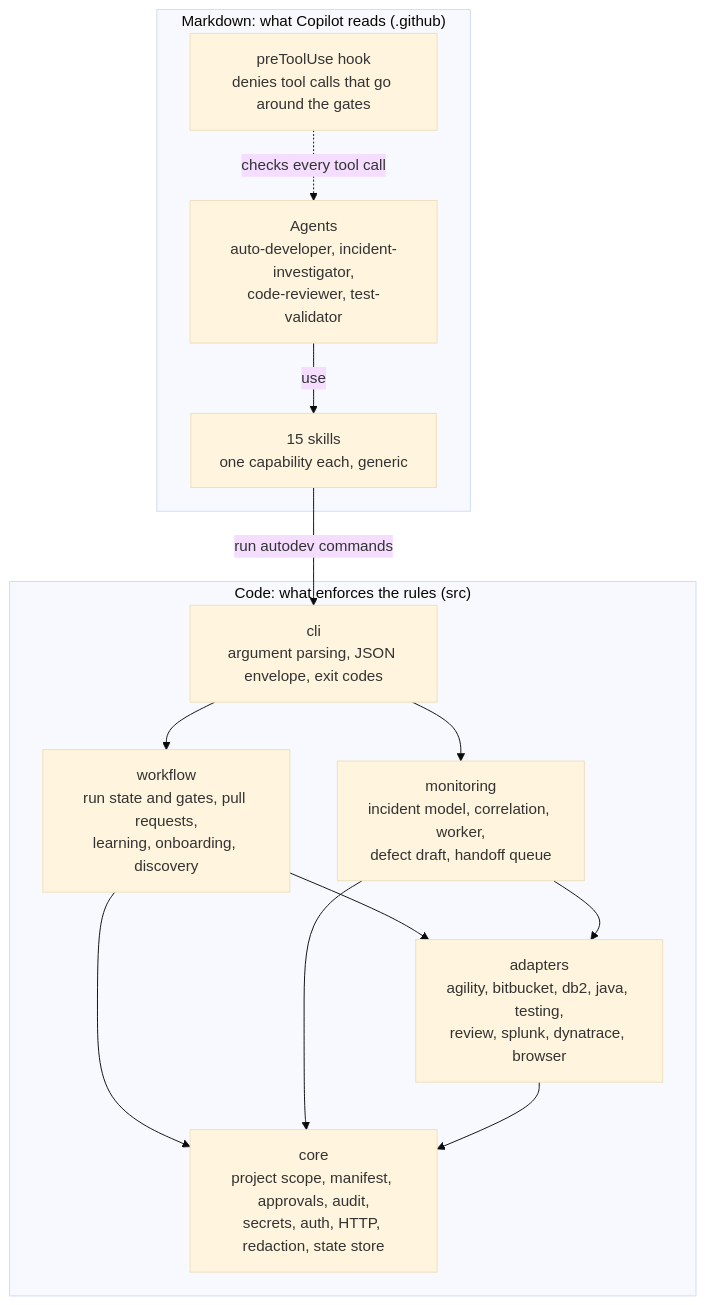
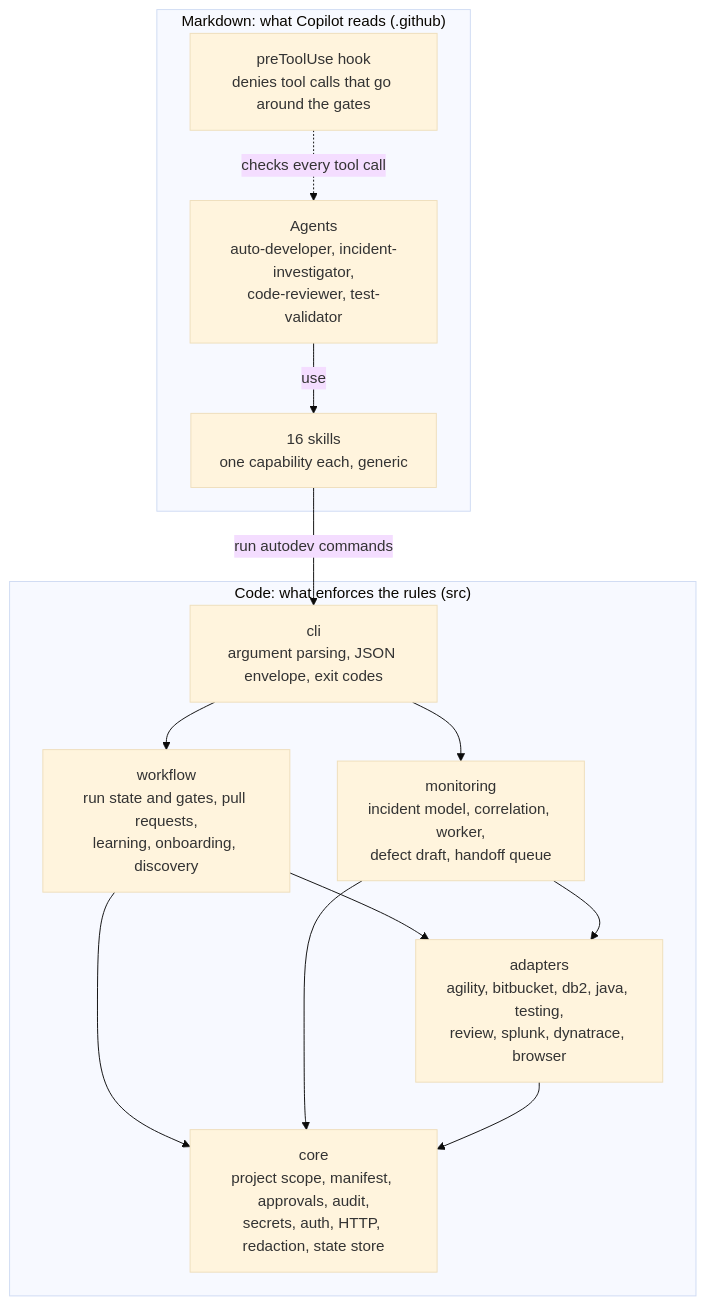
The second of 13 diagrams in docs/diagrams.md (balapininti/Copilot-CLI-Auto-Developer), drawn with Mermaid (base theme) before and after one commit. The commit also changed other lines of this file and 23 other files, not shown here.

````diff
--- a/docs/diagrams.md
+++ b/docs/diagrams.md
@@ -63,27 +64,27 @@
 ```mermaid
 flowchart TB
     subgraph md["Markdown: what Copilot reads (.github)"]
         agents["Agents<br/>auto-developer, incident-investigator,<br/>code-reviewer, test-validator"]
-        skills["15 skills<br/>one capability each, generic"]
+        skills["16 skills<br/>one capability each, generic"]
         hook["preToolUse hook<br/>denies tool calls that go around the gates"]
     end
 
     subgraph code["Code: what enforces the rules (src)"]
         clilayer["cli<br/>argument parsing, JSON envelope, exit codes"]
         workflow["workflow<br/>run state and gates, pull requests,<br/>learning, onboarding, discovery"]
         monitoring["monitoring<br/>incident model, correlation, worker,<br/>defect draft, handoff queue"]
         adapters["adapters<br/>agility, bitbucket, db2, java, testing,<br/>review, splunk, dynatrace, browser"]
         core["core<br/>project scope, manifest, approvals, audit,<br/>secrets, auth, HTTP, redaction, state store"]
     end
 
     agents -- "use" --> skills
     skills -- "run autodev commands" --> clilayer
     hook -. "checks every tool call" .-> agents
     clilayer --> workflow
     clilayer --> monitoring
     workflow --> adapters
     monitoring --> adapters
     workflow --> core
     monitoring --> core
     adapters --> core
 ```
````
